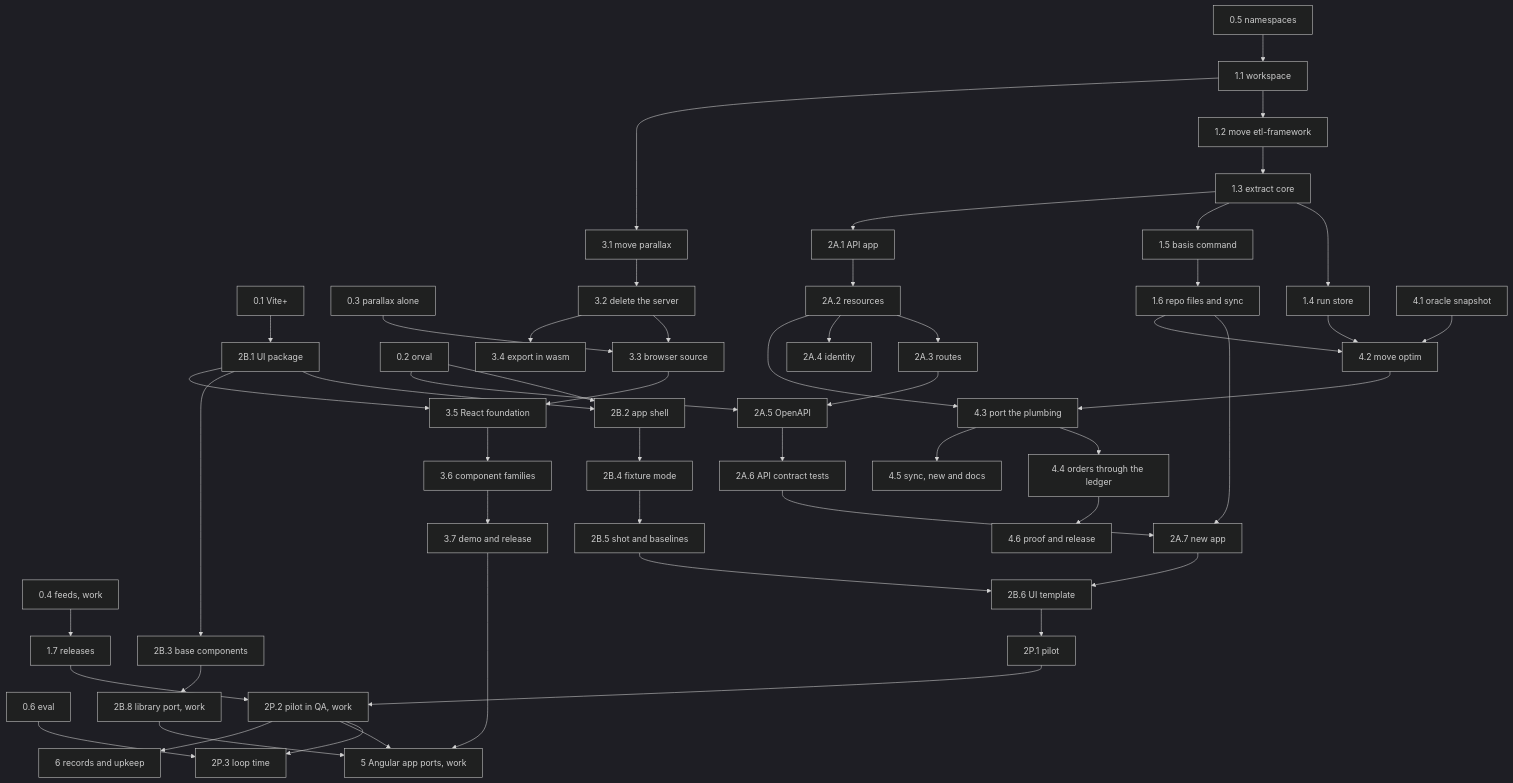
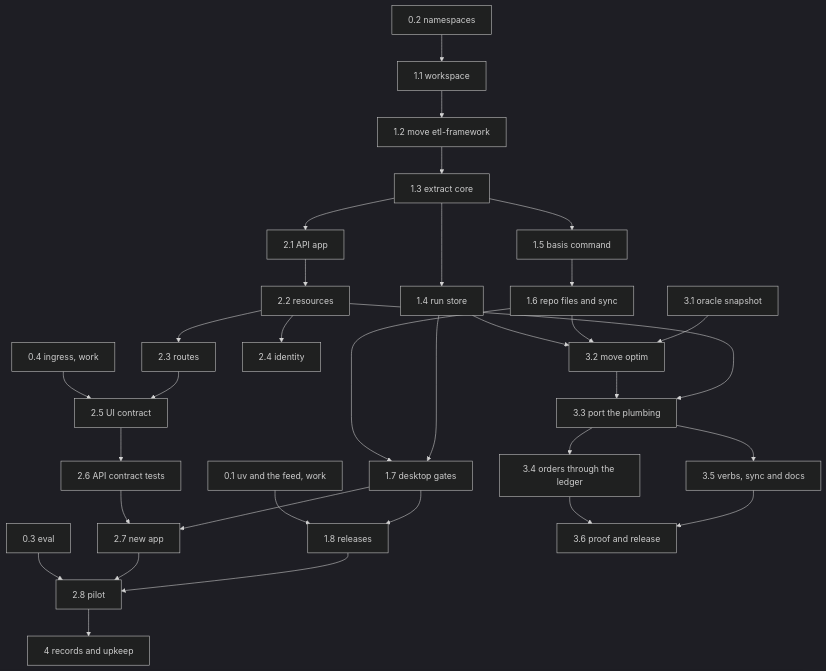
Before and after one commit to jacobragsdale/basis: the diagram in docs/roadmap.md, drawn with Mermaid (dark theme). The commit also changed other lines of this file and 3 other files, not shown here.

Commit message:
Make basis Python only, with one basis command, an internal core and one version; move the UI to basis-ui behind a contract; gates run on the desktop until CI exists

````diff
--- a/docs/roadmap.md
+++ b/docs/roadmap.md
@@ -26,36 +26,22 @@
 ```mermaid
 flowchart TD
-  s01[0.1 Vite+] --> b1[2B.1 UI package]
-  s02[0.2 orval] --> b2[2B.2 app shell]
-  s02 --> a5[2A.5 OpenAPI]
-  s03[0.3 parallax alone] --> c3[3.3 browser source]
-  s04[0.4 feeds, work] --> r7[1.7 releases]
-  s05[0.5 namespaces] --> r1[1.1 workspace]
-  s06[0.6 eval] --> p3[2P.3 loop time]
+  s01[0.1 uv and the feed, work] --> r8[1.8 releases]
+  s02[0.2 namespaces] --> r1[1.1 workspace]
+  s03[0.3 eval] --> a8[2.8 pilot]
+  s04[0.4 ingress, work] --> a5[2.5 UI contract]
   r1 --> r2[1.2 move etl-framework] --> r3[1.3 extract core]
   r3 --> r4[1.4 run store]
-  r3 --> r5[1.5 basis command] --> r6[1.6 repo files and sync]
-  r3 --> a1[2A.1 API app] --> a2[2A.2 resources] --> a3[2A.3 routes] --> a5 --> a6[2A.6 API contract tests]
-  a2 --> a4[2A.4 identity]
-  r6 --> a7[2A.7 new app]
-  a6 --> a7
-  b1 --> b2 --> b4[2B.4 fixture mode] --> b5[2B.5 shot and baselines]
-  b1 --> b3[2B.3 base components] --> b8[2B.8 library port, work]
-  a7 --> b6[2B.6 UI template]
-  b5 --> b6
-  b6 --> p1[2P.1 pilot] --> p2[2P.2 pilot in QA, work] --> p3
-  r7 --> p2
-  r1 --> c1[3.1 move parallax] --> c2[3.2 delete the server] --> c3
-  c2 --> c4[3.4 export in wasm]
-  b1 --> c5[3.5 React foundation]
-  c3 --> c5 --> c6[3.6 component families] --> c7[3.7 demo and release]
-  r4 --> o2[4.2 move optim]
+  r3 --> r5[1.5 basis command] --> r6[1.6 repo files and sync] --> r7[1.7 desktop gates]
+  r4 --> r7
+  r7 --> r8
+  r3 --> a1[2.1 API app] --> a2[2.2 resources] --> a3[2.3 routes] --> a5 --> a6[2.6 API contract tests] --> a7[2.7 new app] --> a8
+  a2 --> a4[2.4 identity]
+  r7 --> a7
+  r8 --> a8
+  r4 --> o2[3.2 move optim]
   r6 --> o2
-  o1[4.1 oracle snapshot] --> o2 --> o3[4.3 port the plumbing] --> o4[4.4 orders through the ledger] --> o6[4.6 proof and release]
+  o1[3.1 oracle snapshot] --> o2 --> o3[3.3 port the plumbing] --> o4[3.4 orders through the ledger] --> o6[3.6 proof and release]
   a2 --> o3
-  o3 --> o5[4.5 sync, new and docs]
-  p2 --> f[5 Angular app ports, work]
-  b8 --> f
-  c7 --> f
-  p2 --> g[6 records and upkeep]
+  o3 --> o5[3.5 verbs, sync and docs] --> o6
+  a8 --> g[4 records and upkeep]
 ```
````
